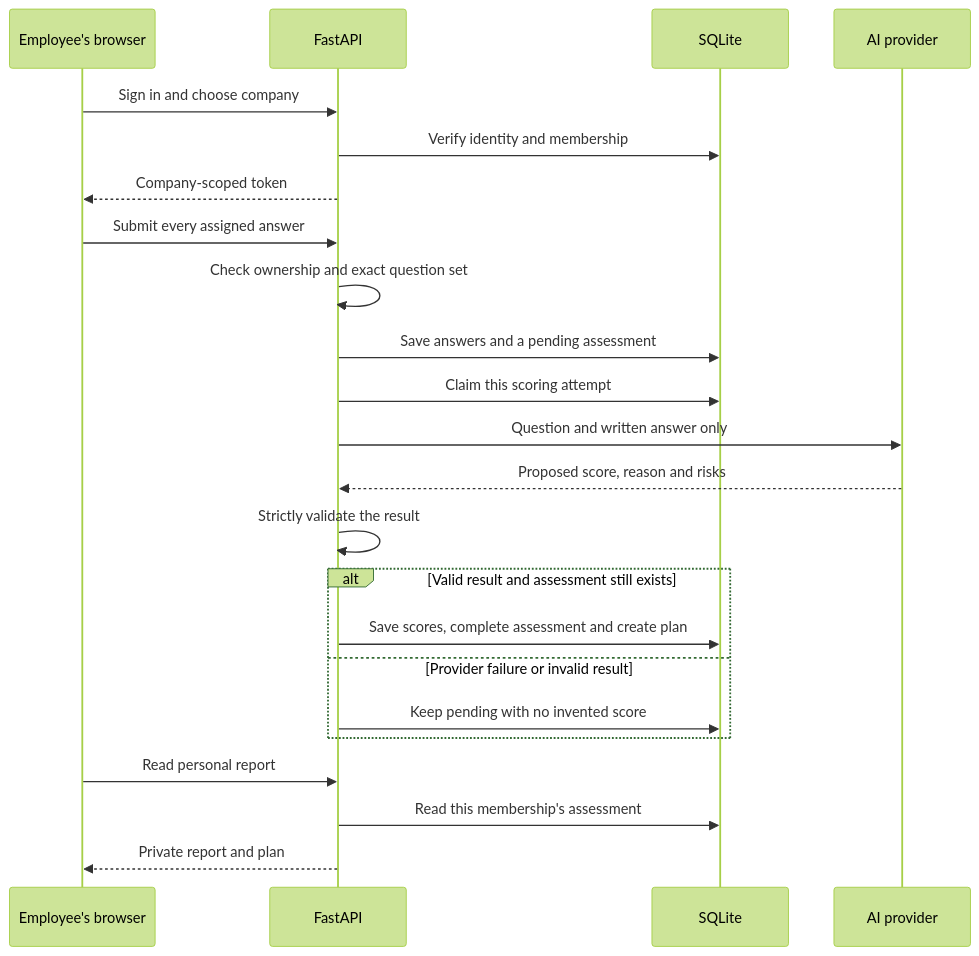
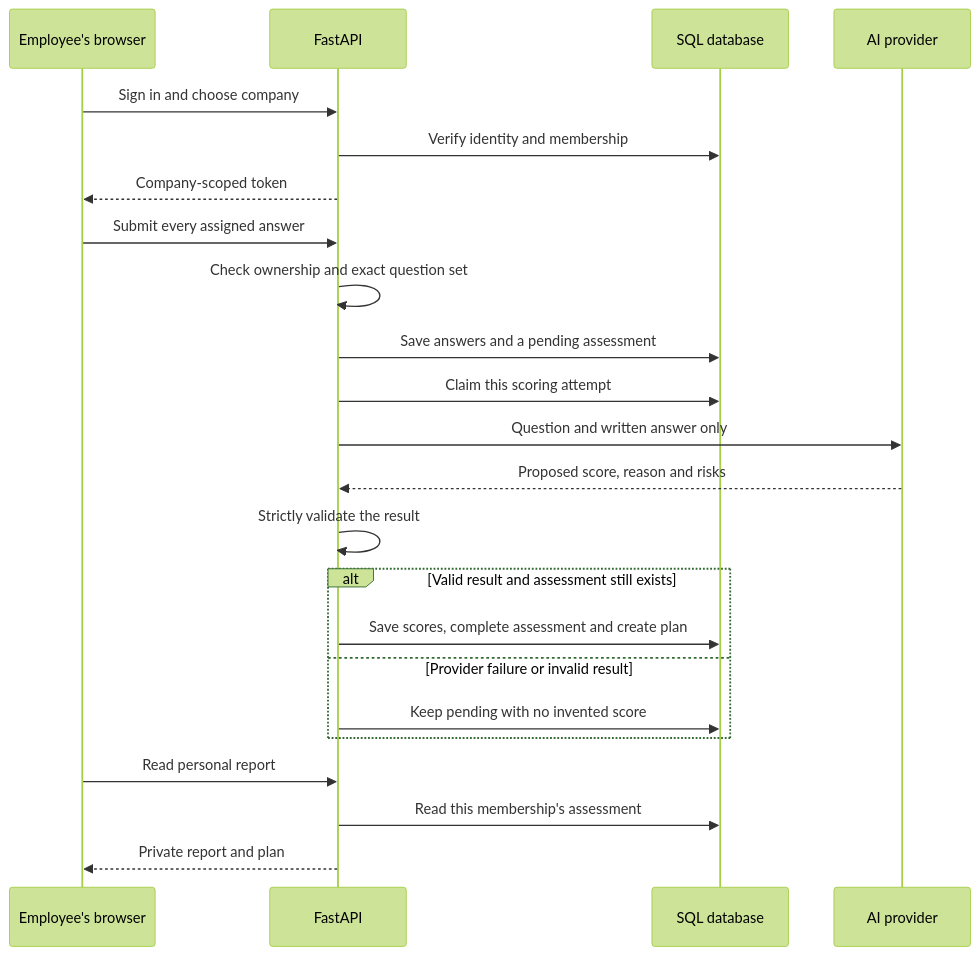
Before and after one commit to Shubham-Padkonde/ai-pulse: the diagram in docs/EXPLAIN.md, drawn with Mermaid (forest theme). The commit also changed other lines of this file and 5 other files, not shown here.

```diff
--- a/docs/EXPLAIN.md
+++ b/docs/EXPLAIN.md
@@ -21,25 +21,25 @@
 ~~~mermaid
 sequenceDiagram
     participant E as Employee's browser
     participant A as FastAPI
-    participant D as SQLite
+    participant D as SQL database
     participant M as AI provider
     E->>A: Sign in and choose company
     A->>D: Verify identity and membership
     A-->>E: Company-scoped token
     E->>A: Submit every assigned answer
     A->>A: Check ownership and exact question set
     A->>D: Save answers and a pending assessment
     A->>D: Claim this scoring attempt
     A->>M: Question and written answer only
     M-->>A: Proposed score, reason and risks
     A->>A: Strictly validate the result
     alt Valid result and assessment still exists
         A->>D: Save scores, complete assessment and create plan
     else Provider failure or invalid result
         A->>D: Keep pending with no invented score
     end
     E->>A: Read personal report
     A->>D: Read this membership's assessment
     A-->>E: Private report and plan
 ~~~
```
